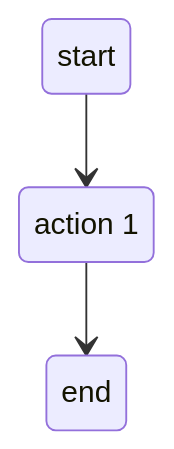
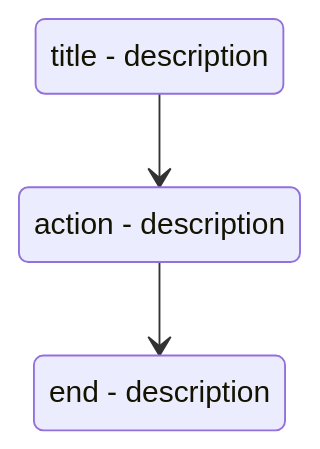
Before and after one commit to PiotrJustyna/drakon-renderer: the diagram in README.md, drawn with Mermaid. The commit also changed other lines of this file and 5 other files, not shown here.

````diff
--- a/README.md
+++ b/README.md
@@ -28,9 +28,9 @@
 ```mermaid
 stateDiagram-v2
-state "start" as start
-state "action 1" as action1
-state "end" as end
+state "title - description" as title
+state "action - description" as action1
+state "end - description" as end
 
-start --> action1
+title --> action1
 action1 --> end
 ```
````
